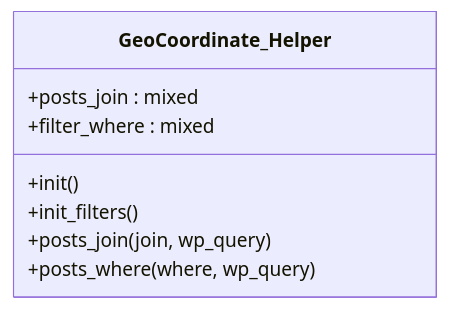
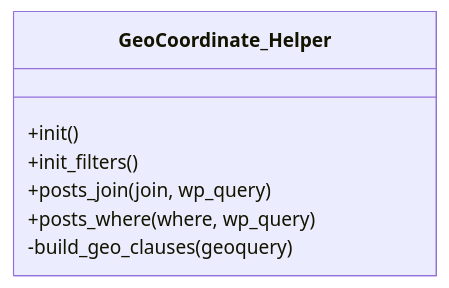
Before and after one commit to tainacan/tainacan: the diagram in docs/phpdoc/classes/GeoCoordinate_Helper.mmd, drawn with Mermaid. The commit also changed 1 other file, not shown here.

```diff
--- a/docs/phpdoc/classes/GeoCoordinate_Helper.mmd
+++ b/docs/phpdoc/classes/GeoCoordinate_Helper.mmd
@@ -1,10 +1,9 @@
 classDiagram
     direction TB
     class GeoCoordinate_Helper {
-        +posts_join : mixed
-        +filter_where : mixed
         +init()
         +init_filters()
         +posts_join(join, wp_query)
         +posts_where(where, wp_query)
+        -build_geo_clauses(geoquery)
     }
```
